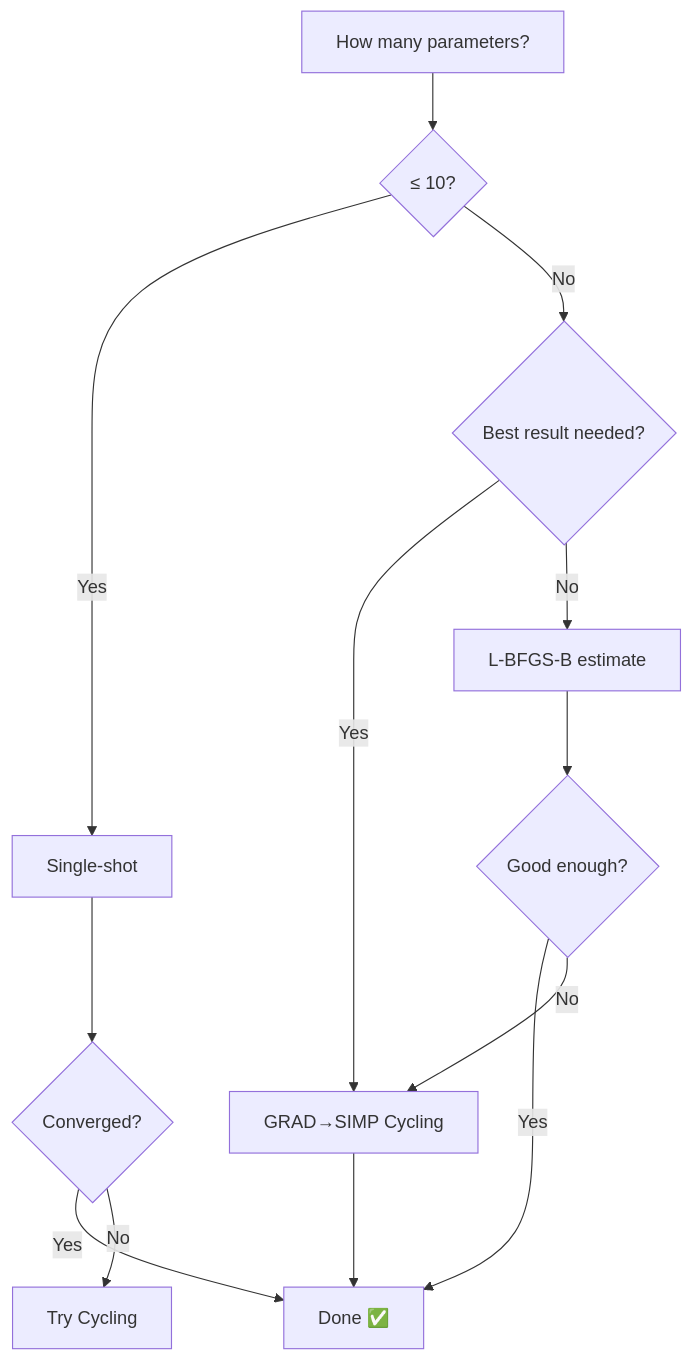
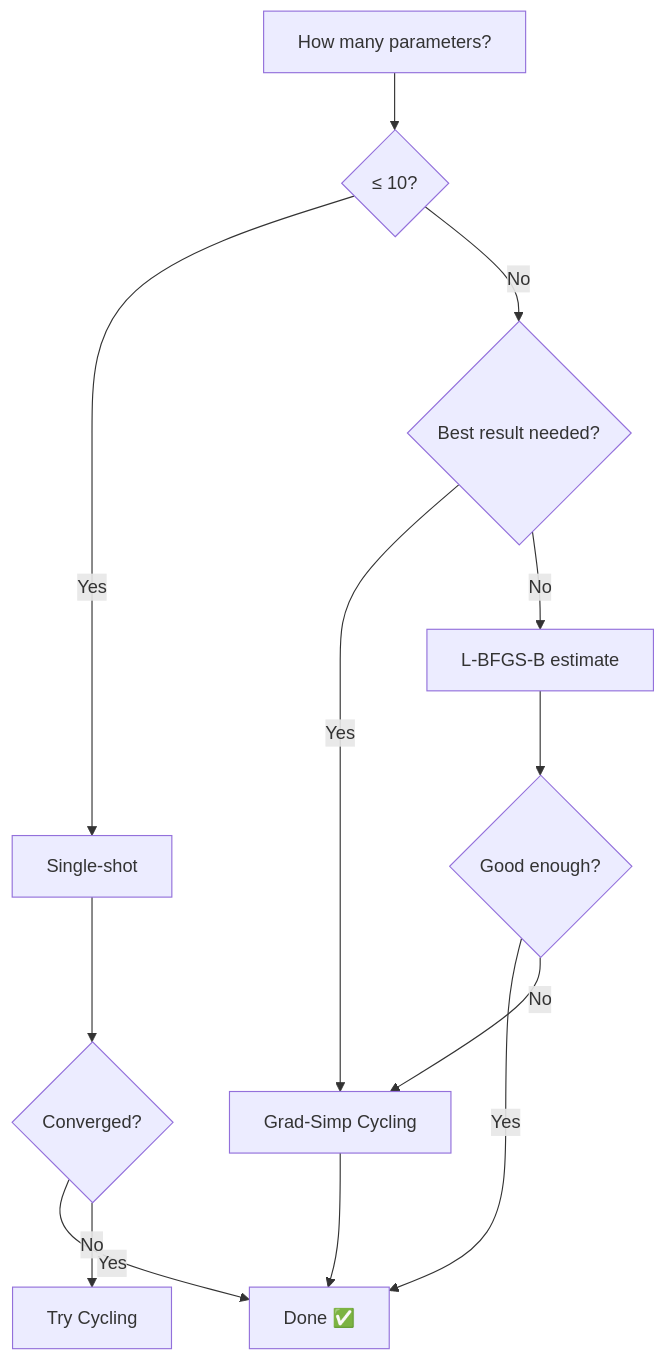
The second of 2 diagrams in docs/optimization-guide.md (ericchansen/q2mm), drawn with Mermaid before and after one commit. The commit also changed other lines of this file and 6 other files, not shown here.

First line of the commit message:
docs: Rename GRAD→SIMP to grad-simp across all documentation

````diff
--- a/docs/optimization-guide.md
+++ b/docs/optimization-guide.md
@@ -265,15 +265,15 @@
 ```mermaid
 flowchart TD
     A[How many parameters?] --> B{≤ 10?}
     B -->|Yes| C[Single-shot]
     B -->|No| D{Best result needed?}
-    D -->|Yes| E[GRAD→SIMP Cycling]
+    D -->|Yes| E[Grad-Simp Cycling]
     D -->|No| F[L-BFGS-B estimate]
     C --> G{Converged?}
     G -->|Yes| H[Done ✅]
     G -->|No| I[Try Cycling]
     E --> H
     F --> J{Good enough?}
     J -->|Yes| H
     J -->|No| E
 ```
````
